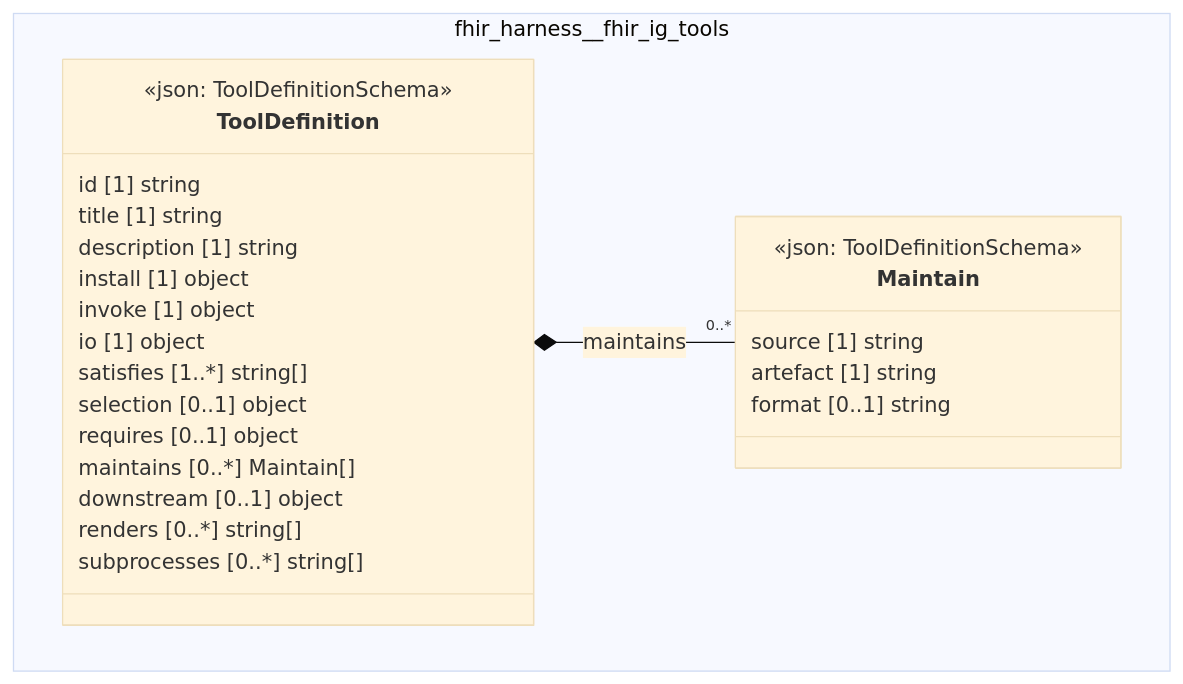
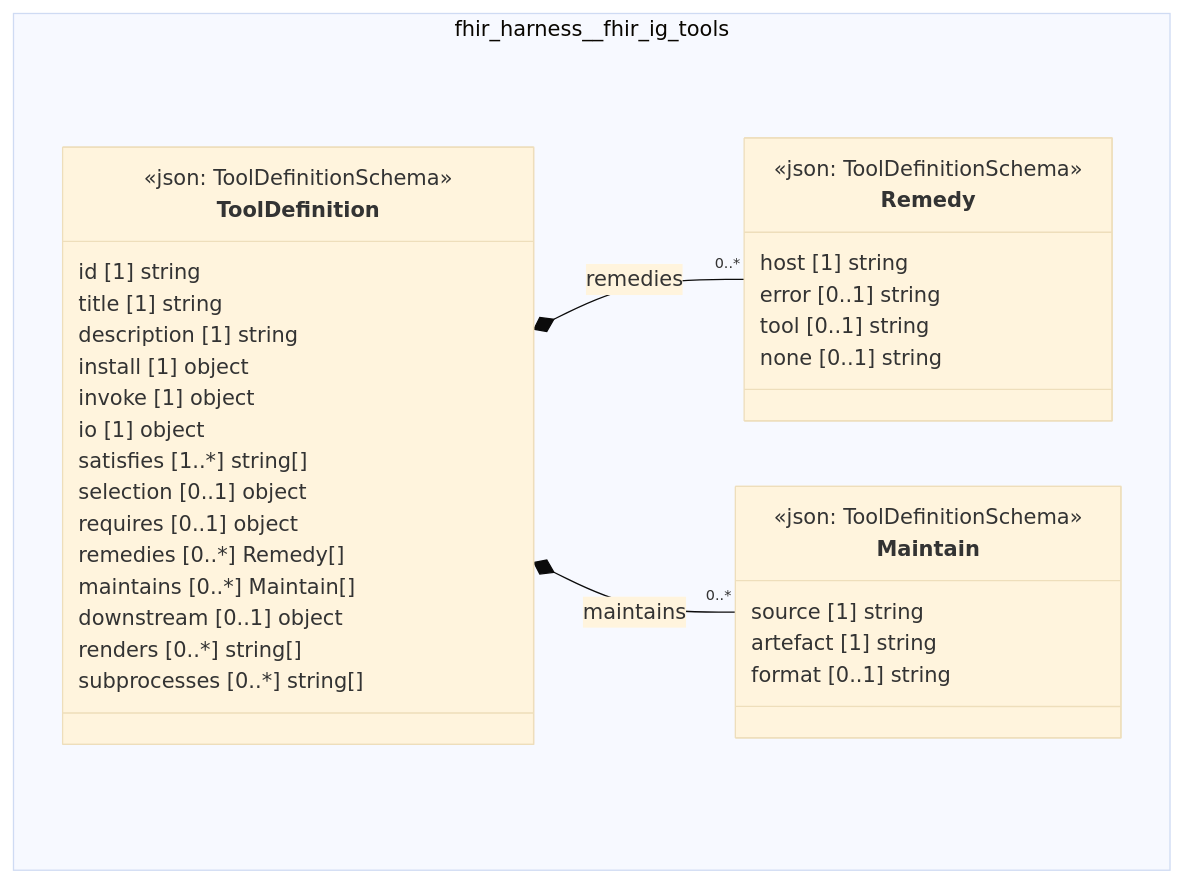
One commit to litlfred/folio-assistant changed the diagram in cat-harness/docs/uml/overview/fhir-harness/fhir-ig-tools.md. Above: the diagram before and after it, drawn with Mermaid (base theme). The commit also changed 92 other files, not shown here.

First line of the commit message:
tools: `remedies` per host on every network Tool, a gate, and `tools:remedy` lookup (6mk7)

````diff
--- a/cat-harness/docs/uml/overview/fhir-harness/fhir-ig-tools.md
+++ b/cat-harness/docs/uml/overview/fhir-harness/fhir-ig-tools.md
@@ -42,31 +42,41 @@
 ```mermaid
 classDiagram
   direction TB
   namespace fhir_harness__fhir_ig_tools {
+    class fhir_harness_fhir_ig_tools_Remedy["Remedy"] {
+      <<json: ToolDefinitionSchema>>
+      host [1] string
+      error [0..1] string
+      tool [0..1] string
+      none [0..1] string
+    }
     class fhir_harness_fhir_ig_tools_Maintain["Maintain"] {
       <<json: ToolDefinitionSchema>>
       source [1] string
       artefact [1] string
       format [0..1] string
     }
     class fhir_harness_fhir_ig_tools_ToolDefinition["ToolDefinition"] {
       <<json: ToolDefinitionSchema>>
       id [1] string
       title [1] string
       description [1] string
       install [1] object
       invoke [1] object
       io [1] object
       satisfies [1..*] string[]
       selection [0..1] object
       requires [0..1] object
+      remedies [0..*] Remedy[]
       maintains [0..*] Maintain[]
       downstream [0..1] object
       renders [0..*] string[]
       subprocesses [0..*] string[]
     }
   }
+  fhir_harness_fhir_ig_tools_ToolDefinition *-- "0..*" fhir_harness_fhir_ig_tools_Remedy : remedies
   fhir_harness_fhir_ig_tools_ToolDefinition *-- "0..*" fhir_harness_fhir_ig_tools_Maintain : maintains
+  cssClass "fhir_harness_fhir_ig_tools_Remedy" fa_uml_kind_tools
   cssClass "fhir_harness_fhir_ig_tools_Maintain" fa_uml_kind_tools
   cssClass "fhir_harness_fhir_ig_tools_ToolDefinition" fa_uml_kind_tools
 ```
````
